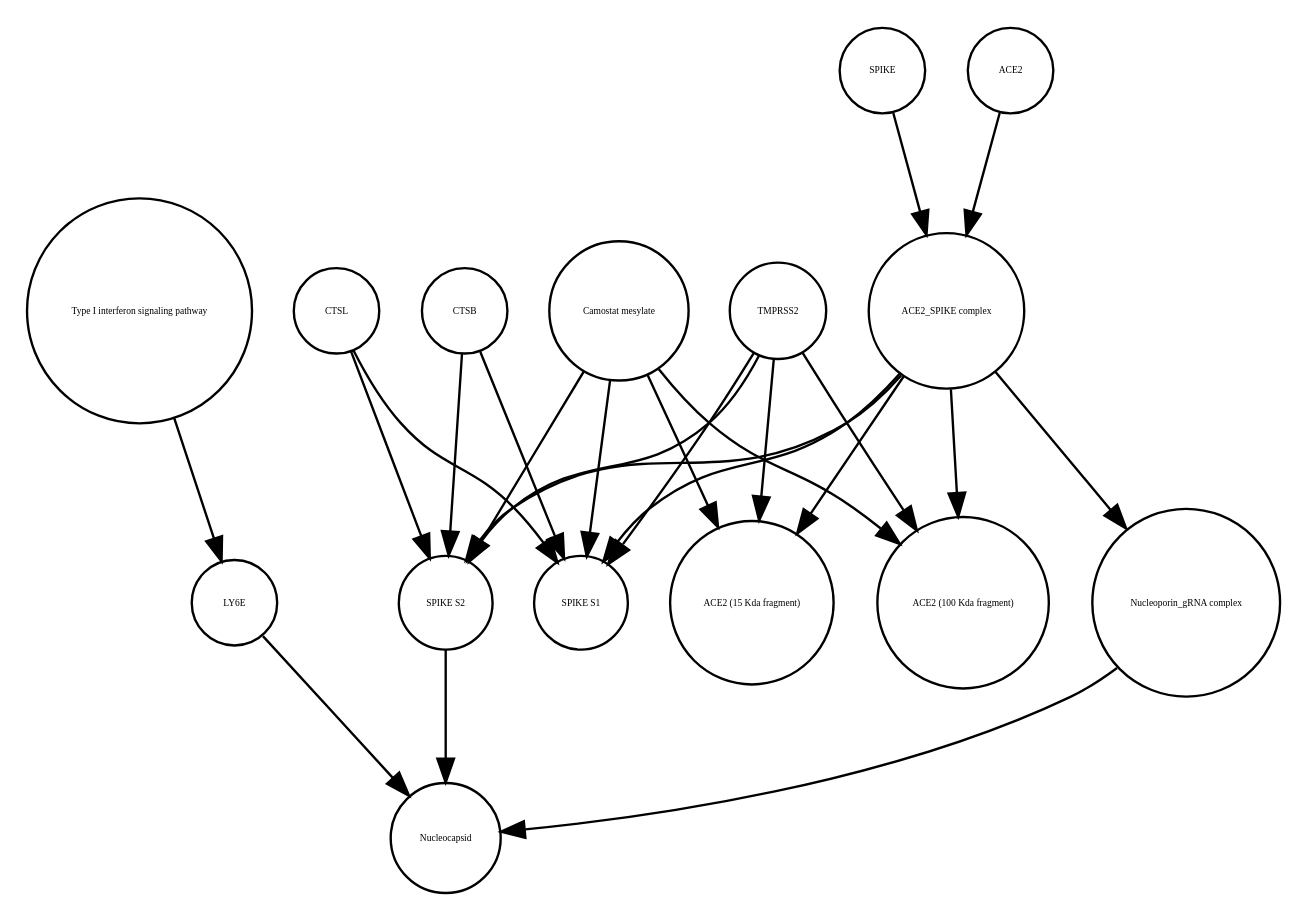
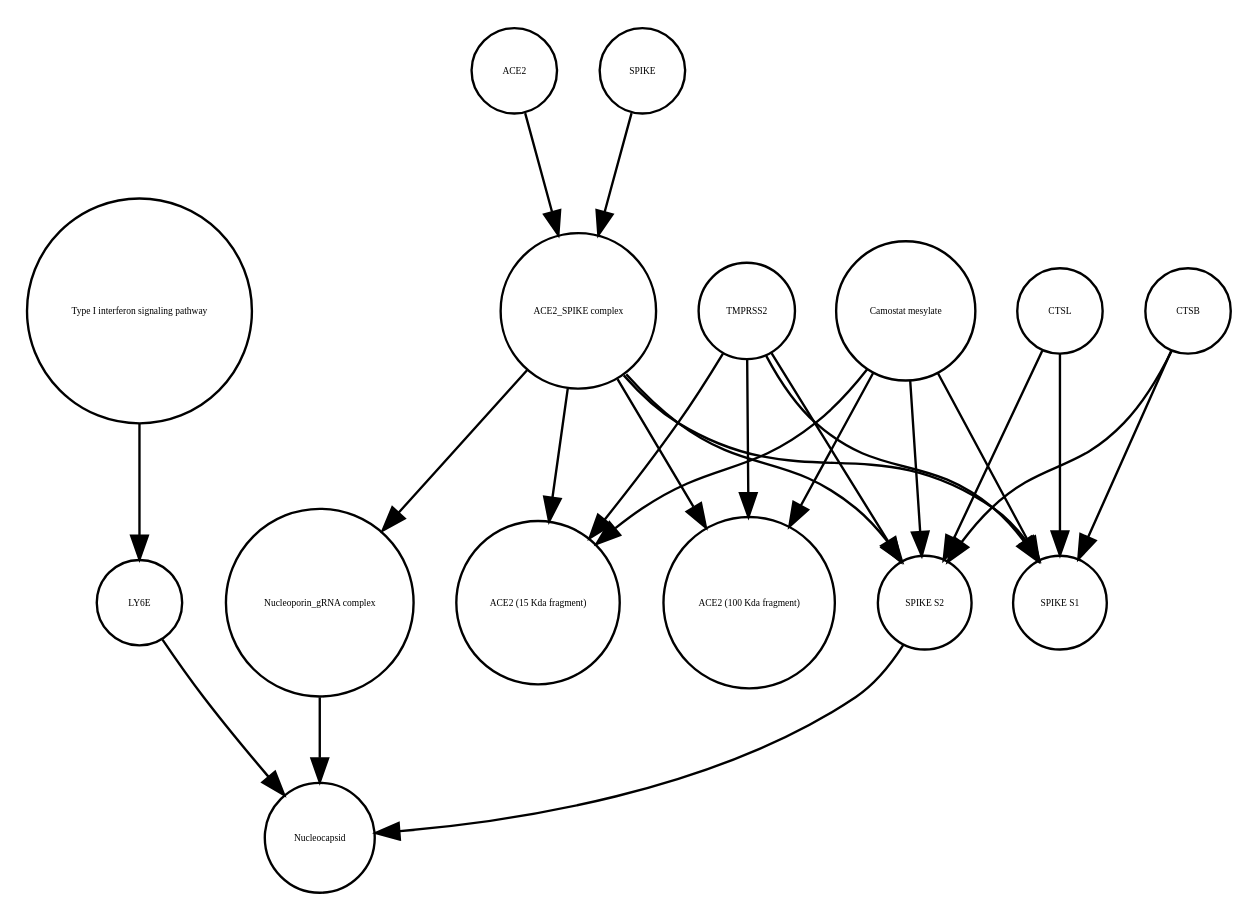
The diagram in Virus_replication_cycle_V02.xml_projected.dot (cannin/covid19-sbgn), drawn with Graphviz before and after one commit. The commit also changed other lines of this file and 637 other files, not shown here.

```diff
--- a/Virus_replication_cycle_V02.xml_projected.dot
+++ b/Virus_replication_cycle_V02.xml_projected.dot
@@ -1,40 +1,40 @@
 strict digraph  {
 "Type I interferon signaling pathway" [annotation="", bipartite=0, cls=phenotype, fontsize=4, label="Type I interferon signaling pathway", shape=circle];
 LY6E [annotation="", bipartite=0, cls=macromolecule, fontsize=4, label=LY6E, shape=circle];
+ACE2 [annotation="", bipartite=0, cls=macromolecule, fontsize=4, label=ACE2, shape=circle];
+"SPIKE S2" [annotation="", bipartite=0, cls=macromolecule, fontsize=4, label="SPIKE S2", shape=circle];
+"ACE2_SPIKE complex" [annotation="", bipartite=0, cls=complex, fontsize=4, label="ACE2_SPIKE complex", shape=circle];
+TMPRSS2 [annotation="", bipartite=0, cls=macromolecule, fontsize=4, label=TMPRSS2, shape=circle];
+"ACE2 (15 Kda fragment)" [annotation="", bipartite=0, cls=macromolecule, fontsize=4, label="ACE2 (15 Kda fragment)", shape=circle];
+"Nucleoporin_gRNA complex " [annotation="", bipartite=0, cls=complex, fontsize=4, label="Nucleoporin_gRNA complex ", shape=circle];
+CTSL [annotation="", bipartite=0, cls=macromolecule, fontsize=4, label=CTSL, shape=circle];
+Nucleocapsid [annotation="", bipartite=0, cls=complex, fontsize=4, label=Nucleocapsid, shape=circle];
+CTSB [annotation="", bipartite=0, cls=macromolecule, fontsize=4, label=CTSB, shape=circle];
+"ACE2 (100 Kda fragment)" [annotation="", bipartite=0, cls=macromolecule, fontsize=4, label="ACE2 (100 Kda fragment)", shape=circle];
 "SPIKE S1" [annotation="", bipartite=0, cls=macromolecule, fontsize=4, label="SPIKE S1", shape=circle];
-CTSB [annotation="", bipartite=0, cls=macromolecule, fontsize=4, label=CTSB, shape=circle];
-"Nucleoporin_gRNA complex " [annotation="", bipartite=0, cls=complex, fontsize=4, label="Nucleoporin_gRNA complex ", shape=circle];
-"ACE2_SPIKE complex" [annotation="", bipartite=0, cls=complex, fontsize=4, label="ACE2_SPIKE complex", shape=circle];
 "Camostat mesylate" [annotation="urn_miriam_pubchem.compound_2536", bipartite=0, cls="simple chemical", fontsize=4, label="Camostat mesylate", shape=circle];
-"ACE2 (15 Kda fragment)" [annotation="", bipartite=0, cls=macromolecule, fontsize=4, label="ACE2 (15 Kda fragment)", shape=circle];
-Nucleocapsid [annotation="", bipartite=0, cls=complex, fontsize=4, label=Nucleocapsid, shape=circle];
 SPIKE [annotation="", bipartite=0, cls="macromolecule multimer", fontsize=4, label=SPIKE, shape=circle];
-"ACE2 (100 Kda fragment)" [annotation="", bipartite=0, cls=macromolecule, fontsize=4, label="ACE2 (100 Kda fragment)", shape=circle];
-TMPRSS2 [annotation="", bipartite=0, cls=macromolecule, fontsize=4, label=TMPRSS2, shape=circle];
-ACE2 [annotation="", bipartite=0, cls=macromolecule, fontsize=4, label=ACE2, shape=circle];
-CTSL [annotation="", bipartite=0, cls=macromolecule, fontsize=4, label=CTSL, shape=circle];
-"SPIKE S2" [annotation="", bipartite=0, cls=macromolecule, fontsize=4, label="SPIKE S2", shape=circle];
 "Type I interferon signaling pathway" -> LY6E  [annotation="", interaction_type=stimulation];
 LY6E -> Nucleocapsid  [annotation="urn_miriam_doi_10.1101%2F2020.03.05.979260|urn_miriam_doi_10.1101%2F2020.04.02.021469", interaction_type=inhibition];
-CTSB -> "SPIKE S1"  [annotation=urn_miriam_pubmed_32142651, interaction_type=catalysis];
-CTSB -> "SPIKE S2"  [annotation=urn_miriam_pubmed_32142651, interaction_type=catalysis];
-"Nucleoporin_gRNA complex " -> Nucleocapsid  [annotation="", interaction_type=production];
+ACE2 -> "ACE2_SPIKE complex"  [annotation="", interaction_type=production];
+"SPIKE S2" -> Nucleocapsid  [annotation="urn_miriam_doi_10.1101%2F2020.03.05.979260|urn_miriam_doi_10.1101%2F2020.04.02.021469", interaction_type=stimulation];
+"ACE2_SPIKE complex" -> "Nucleoporin_gRNA complex "  [annotation="urn_miriam_pubmed_32142651|urn_miriam_pubmed_32094589", interaction_type=stimulation];
 "ACE2_SPIKE complex" -> "SPIKE S1"  [annotation="", interaction_type=production];
 "ACE2_SPIKE complex" -> "SPIKE S2"  [annotation="", interaction_type=production];
-"ACE2_SPIKE complex" -> "Nucleoporin_gRNA complex "  [annotation="urn_miriam_pubmed_32142651|urn_miriam_pubmed_32094589", interaction_type=stimulation];
 "ACE2_SPIKE complex" -> "ACE2 (15 Kda fragment)"  [annotation="", interaction_type=production];
 "ACE2_SPIKE complex" -> "ACE2 (100 Kda fragment)"  [annotation="", interaction_type=production];
+TMPRSS2 -> "ACE2 (15 Kda fragment)"  [annotation="urn_miriam_pubmed_32142651|urn_miriam_pubmed_32094589|urn_miriam_pubmed_24227843", interaction_type=catalysis];
+TMPRSS2 -> "SPIKE S2"  [annotation="urn_miriam_pubmed_32142651|urn_miriam_pubmed_32094589|urn_miriam_pubmed_24227843", interaction_type=catalysis];
+TMPRSS2 -> "ACE2 (100 Kda fragment)"  [annotation="urn_miriam_pubmed_32142651|urn_miriam_pubmed_32094589|urn_miriam_pubmed_24227843", interaction_type=catalysis];
+TMPRSS2 -> "SPIKE S1"  [annotation="urn_miriam_pubmed_32142651|urn_miriam_pubmed_32094589|urn_miriam_pubmed_24227843", interaction_type=catalysis];
+"Nucleoporin_gRNA complex " -> Nucleocapsid  [annotation="", interaction_type=production];
+CTSL -> "SPIKE S2"  [annotation=urn_miriam_pubmed_32142651, interaction_type=catalysis];
+CTSL -> "SPIKE S1"  [annotation=urn_miriam_pubmed_32142651, interaction_type=catalysis];
+CTSB -> "SPIKE S2"  [annotation=urn_miriam_pubmed_32142651, interaction_type=catalysis];
+CTSB -> "SPIKE S1"  [annotation=urn_miriam_pubmed_32142651, interaction_type=catalysis];
+"Camostat mesylate" -> "ACE2 (15 Kda fragment)"  [annotation="urn_miriam_pubmed_32142651|urn_miriam_pubmed_32094589|urn_miriam_pubmed_24227843", interaction_type=inhibition];
+"Camostat mesylate" -> "SPIKE S2"  [annotation="urn_miriam_pubmed_32142651|urn_miriam_pubmed_32094589|urn_miriam_pubmed_24227843", interaction_type=inhibition];
+"Camostat mesylate" -> "ACE2 (100 Kda fragment)"  [annotation="urn_miriam_pubmed_32142651|urn_miriam_pubmed_32094589|urn_miriam_pubmed_24227843", interaction_type=inhibition];
 "Camostat mesylate" -> "SPIKE S1"  [annotation="urn_miriam_pubmed_32142651|urn_miriam_pubmed_32094589|urn_miriam_pubmed_24227843", interaction_type=inhibition];
-"Camostat mesylate" -> "ACE2 (100 Kda fragment)"  [annotation="urn_miriam_pubmed_32142651|urn_miriam_pubmed_32094589|urn_miriam_pubmed_24227843", interaction_type=inhibition];
-"Camostat mesylate" -> "SPIKE S2"  [annotation="urn_miriam_pubmed_32142651|urn_miriam_pubmed_32094589|urn_miriam_pubmed_24227843", interaction_type=inhibition];
-"Camostat mesylate" -> "ACE2 (15 Kda fragment)"  [annotation="urn_miriam_pubmed_32142651|urn_miriam_pubmed_32094589|urn_miriam_pubmed_24227843", interaction_type=inhibition];
 SPIKE -> "ACE2_SPIKE complex"  [annotation="", interaction_type=production];
-TMPRSS2 -> "SPIKE S1"  [annotation="urn_miriam_pubmed_32142651|urn_miriam_pubmed_32094589|urn_miriam_pubmed_24227843", interaction_type=catalysis];
-TMPRSS2 -> "ACE2 (100 Kda fragment)"  [annotation="urn_miriam_pubmed_32142651|urn_miriam_pubmed_32094589|urn_miriam_pubmed_24227843", interaction_type=catalysis];
-TMPRSS2 -> "SPIKE S2"  [annotation="urn_miriam_pubmed_32142651|urn_miriam_pubmed_32094589|urn_miriam_pubmed_24227843", interaction_type=catalysis];
-TMPRSS2 -> "ACE2 (15 Kda fragment)"  [annotation="urn_miriam_pubmed_32142651|urn_miriam_pubmed_32094589|urn_miriam_pubmed_24227843", interaction_type=catalysis];
-ACE2 -> "ACE2_SPIKE complex"  [annotation="", interaction_type=production];
-CTSL -> "SPIKE S1"  [annotation=urn_miriam_pubmed_32142651, interaction_type=catalysis];
-CTSL -> "SPIKE S2"  [annotation=urn_miriam_pubmed_32142651, interaction_type=catalysis];
-"SPIKE S2" -> Nucleocapsid  [annotation="urn_miriam_doi_10.1101%2F2020.03.05.979260|urn_miriam_doi_10.1101%2F2020.04.02.021469", interaction_type=stimulation];
 }
```
